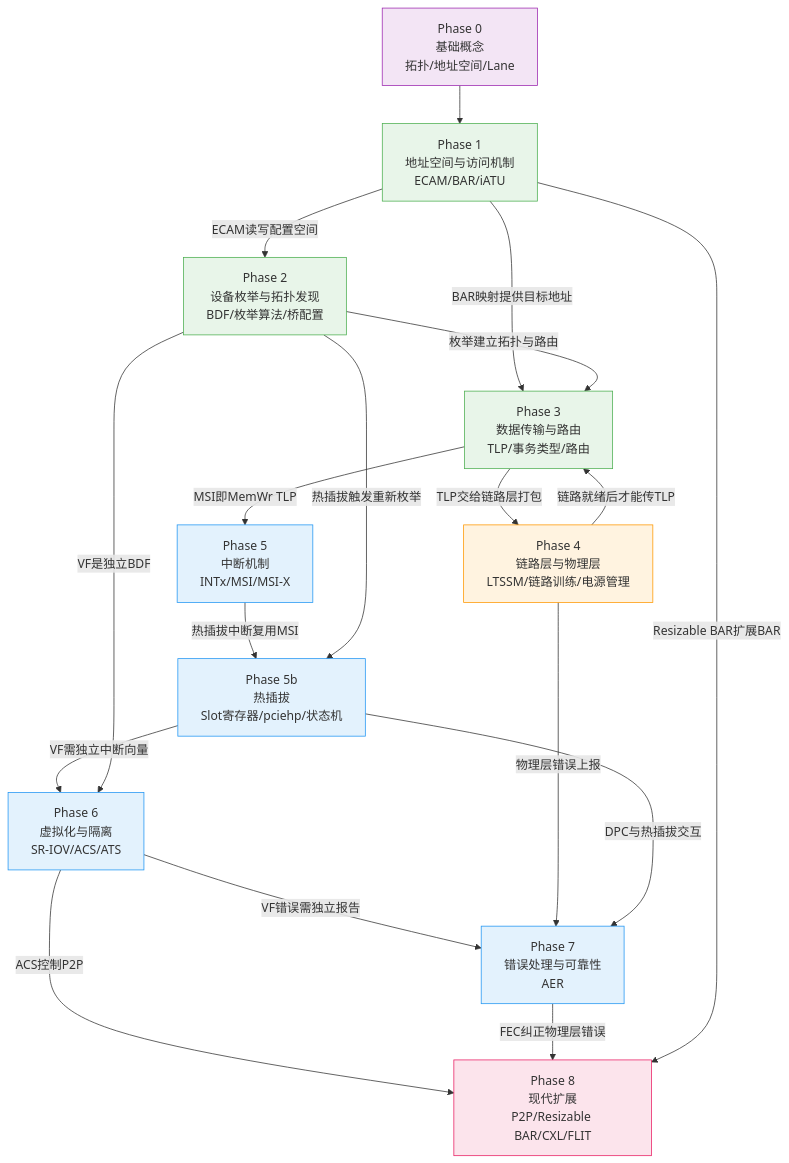
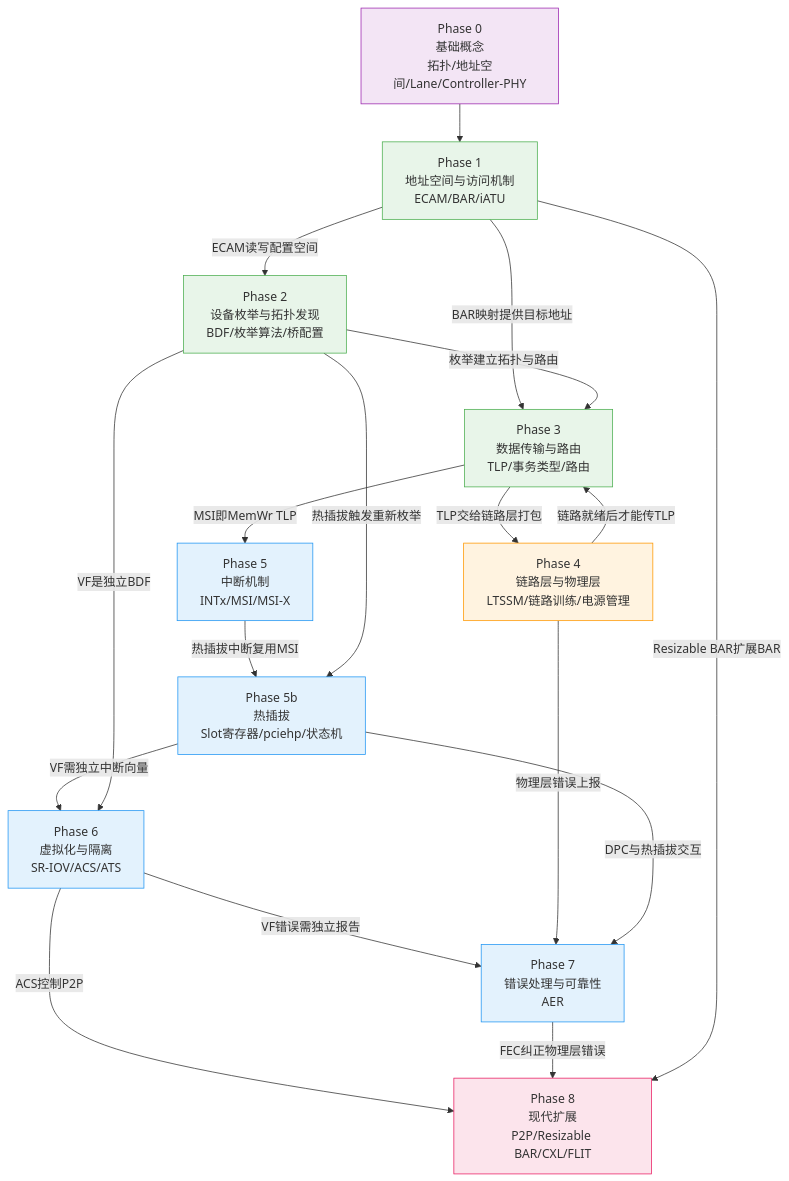
The first of 15 diagrams in pcie/pcie-learning-resources.md (swjtuer326/cs-learning-notes), drawn with Mermaid before and after one commit. The commit also changed other lines of this file and 8 other files, not shown here.

````diff
--- a/pcie/pcie-learning-resources.md
+++ b/pcie/pcie-learning-resources.md
@@ -45,43 +77,43 @@
 ```mermaid
 %%{init: {"theme": "base", "themeVariables": {"primaryColor": "#f8fafc", "primaryTextColor": "#1e293b", "primaryBorderColor": "#475569", "lineColor": "#64748b", "secondaryColor": "#f1f5f9", "secondaryBorderColor": "#94a3b8", "tertiaryColor": "#f8fafc", "fontFamily": "'trebuchet ms', verdana, arial, sans-serif"}}}%%
 flowchart TD
-    P0["Phase 0<br/>基础概念<br/>拓扑/地址空间/Lane"]
+    P0["Phase 0<br/>基础概念<br/>拓扑/地址空间/Lane/Controller-PHY"]
     P1["Phase 1<br/>地址空间与访问机制<br/>ECAM/BAR/iATU"]
     P2["Phase 2<br/>设备枚举与拓扑发现<br/>BDF/枚举算法/桥配置"]
     P3["Phase 3<br/>数据传输与路由<br/>TLP/事务类型/路由"]
     P4["Phase 4<br/>链路层与物理层<br/>LTSSM/链路训练/电源管理"]
     P5["Phase 5<br/>中断机制<br/>INTx/MSI/MSI-X"]
     P5b["Phase 5b<br/>热插拔<br/>Slot寄存器/pciehp/状态机"]
     P6["Phase 6<br/>虚拟化与隔离<br/>SR-IOV/ACS/ATS"]
     P7["Phase 7<br/>错误处理与可靠性<br/>AER"]
     P8["Phase 8<br/>现代扩展<br/>P2P/Resizable BAR/CXL/FLIT"]
 
     P0 --> P1
     P1 -->|"ECAM读写配置空间"| P2
     P1 -->|"BAR映射提供目标地址"| P3
     P2 -->|"枚举建立拓扑与路由"| P3
     P3 -->|"TLP交给链路层打包"| P4
     P4 -->|"链路就绪后才能传TLP"| P3
     P3 -->|"MSI即MemWr TLP"| P5
     P5 -->|"热插拔中断复用MSI"| P5b
     P2 -->|"热插拔触发重新枚举"| P5b
     P5b -->|"VF需独立中断向量"| P6
     P2 -->|"VF是独立BDF"| P6
     P6 -->|"VF错误需独立报告"| P7
     P4 -->|"物理层错误上报"| P7
     P5b -->|"DPC与热插拔交互"| P7
     P6 -->|"ACS控制P2P"| P8
     P7 -->|"FEC纠正物理层错误"| P8
     P1 -->|"Resizable BAR扩展BAR"| P8
 
     style P0 fill:#f3e5f5,stroke:#9c27b0
     style P1 fill:#e8f5e9,stroke:#4caf50
     style P2 fill:#e8f5e9,stroke:#4caf50
     style P3 fill:#e8f5e9,stroke:#4caf50
     style P4 fill:#fff3e0,stroke:#ff9800
     style P5 fill:#e3f2fd,stroke:#2196f3
     style P5b fill:#e3f2fd,stroke:#2196f3
     style P6 fill:#e3f2fd,stroke:#2196f3
     style P7 fill:#e3f2fd,stroke:#2196f3
     style P8 fill:#fce4ec,stroke:#e91e63
 ```
````
